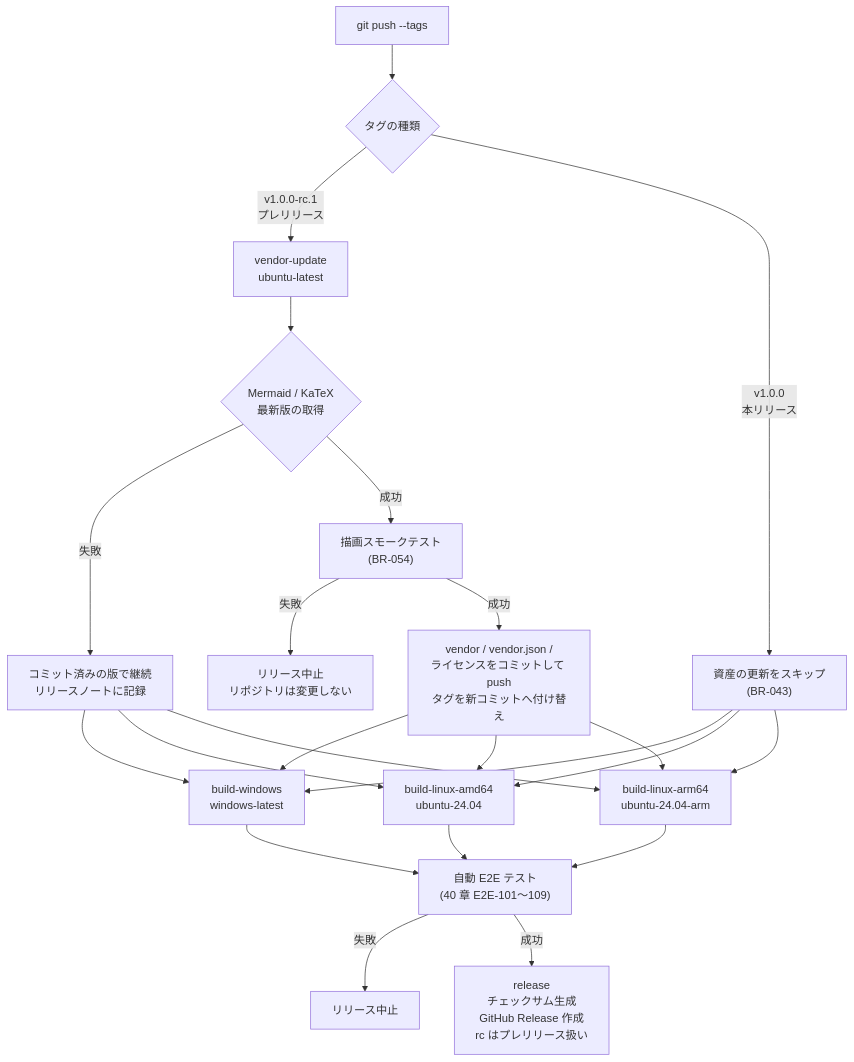
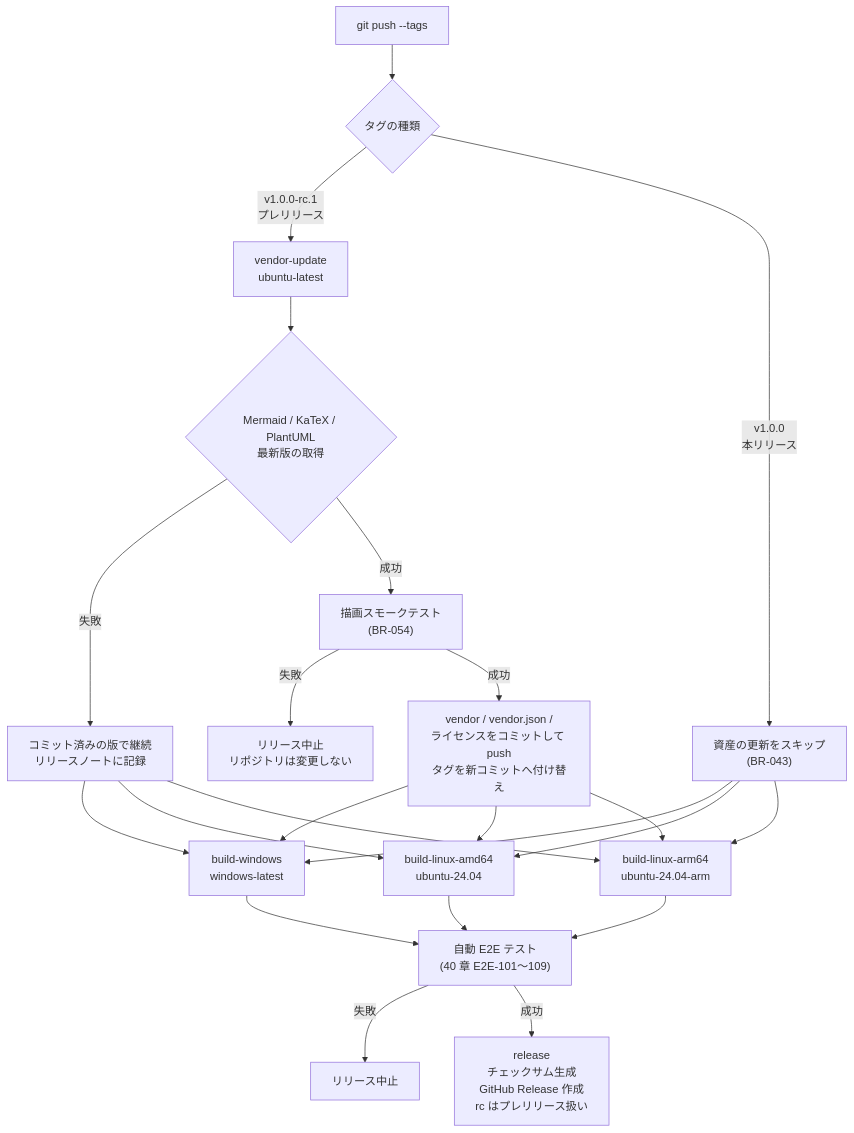
The diagram in docs/specs/06-build-release.md (kznagamori/go_MarkView), drawn with Mermaid before and after one commit. The commit also changed other lines of this file and 20 other files, not shown here.

First line of the commit message:
docs: 仕様へ PlantUML 対応を反映する（4.16.0）

````diff
--- a/docs/specs/06-build-release.md
+++ b/docs/specs/06-build-release.md
@@ -231,25 +292,25 @@
 ```mermaid
 flowchart TD
     T["git push --tags"] --> P{"タグの種類"}
     P -->|"v1.0.0-rc.1<br/>プレリリース"| V["vendor-update<br/>ubuntu-latest"]
     P -->|"v1.0.0<br/>本リリース"| SKIP["資産の更新をスキップ<br/>(BR-043)"]
-    V --> F{"Mermaid / KaTeX<br/>最新版の取得"}
+    V --> F{"Mermaid / KaTeX / PlantUML<br/>最新版の取得"}
     F -->|失敗| K["コミット済みの版で継続<br/>リリースノートに記録"]
     F -->|成功| S["描画スモークテスト<br/>(BR-054)"]
     S -->|失敗| X["リリース中止<br/>リポジトリは変更しない"]
     S -->|成功| C["vendor / vendor.json /<br/>ライセンスをコミットして push<br/>タグを新コミットへ付け替え"]
     C --> B1["build-windows<br/>windows-latest"]
     C --> B2["build-linux-amd64<br/>ubuntu-24.04"]
     C --> B3["build-linux-arm64<br/>ubuntu-24.04-arm"]
     K --> B1
     SKIP --> B1
     SKIP --> B2
     SKIP --> B3
     K --> B2
     K --> B3
     B1 --> A["自動 E2E テスト<br/>(40 章 E2E-101〜109)"]
     B2 --> A
     B3 --> A
     A -->|失敗| X2["リリース中止"]
     A -->|成功| R["release<br/>チェックサム生成<br/>GitHub Release 作成<br/>rc はプレリリース扱い"]
 ```
````
